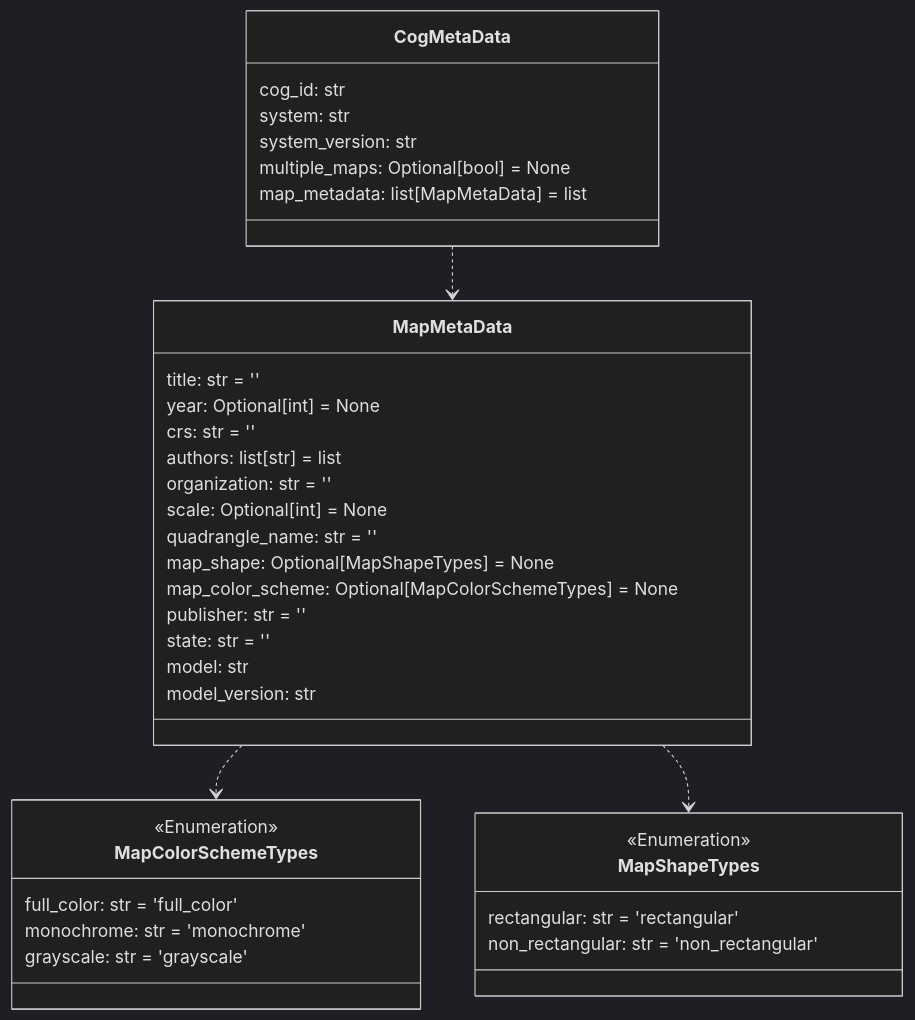
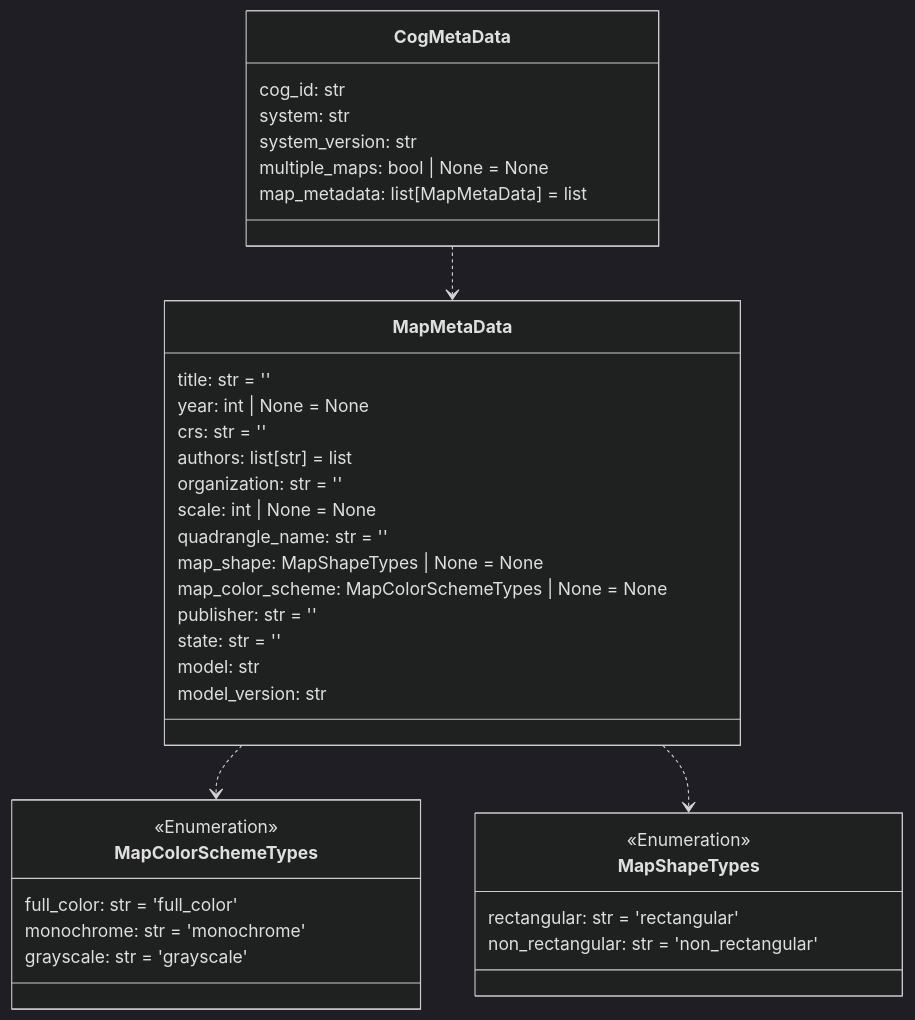
Before and after one commit to DARPA-CRITICALMAAS/cdr_schemas: the eighth of 14 diagrams in README.md, drawn with Mermaid (dark theme). The commit also changed other lines of this file and 4 other files, not shown here.

````diff
--- a/README.md
+++ b/README.md
@@ -640,46 +640,46 @@
 ```mermaid
 classDiagram
+
+    class CogMetaData {
+        cog_id: str
+        system: str
+        system_version: str
+        multiple_maps: bool | None = None
+        map_metadata: list[MapMetaData] = list
+    }
 
     class MapColorSchemeTypes {
         <<Enumeration>>
         full_color: str = 'full_color'
         monochrome: str = 'monochrome'
         grayscale: str = 'grayscale'
     }
 
     class MapMetaData {
         title: str = ''
-        year: Optional[int] = None
+        year: int | None = None
         crs: str = ''
         authors: list[str] = list
         organization: str = ''
-        scale: Optional[int] = None
+        scale: int | None = None
         quadrangle_name: str = ''
-        map_shape: Optional[MapShapeTypes] = None
-        map_color_scheme: Optional[MapColorSchemeTypes] = None
+        map_shape: MapShapeTypes | None = None
+        map_color_scheme: MapColorSchemeTypes | None = None
         publisher: str = ''
         state: str = ''
         model: str
         model_version: str
     }
 
     class MapShapeTypes {
         <<Enumeration>>
         rectangular: str = 'rectangular'
         non_rectangular: str = 'non_rectangular'
     }
 
-    class CogMetaData {
-        cog_id: str
-        system: str
-        system_version: str
-        multiple_maps: Optional[bool] = None
-        map_metadata: list[MapMetaData] = list
-    }
-
     MapMetaData ..> MapColorSchemeTypes
     MapMetaData ..> MapShapeTypes
     CogMetaData ..> MapMetaData
 
 
 ```
````
